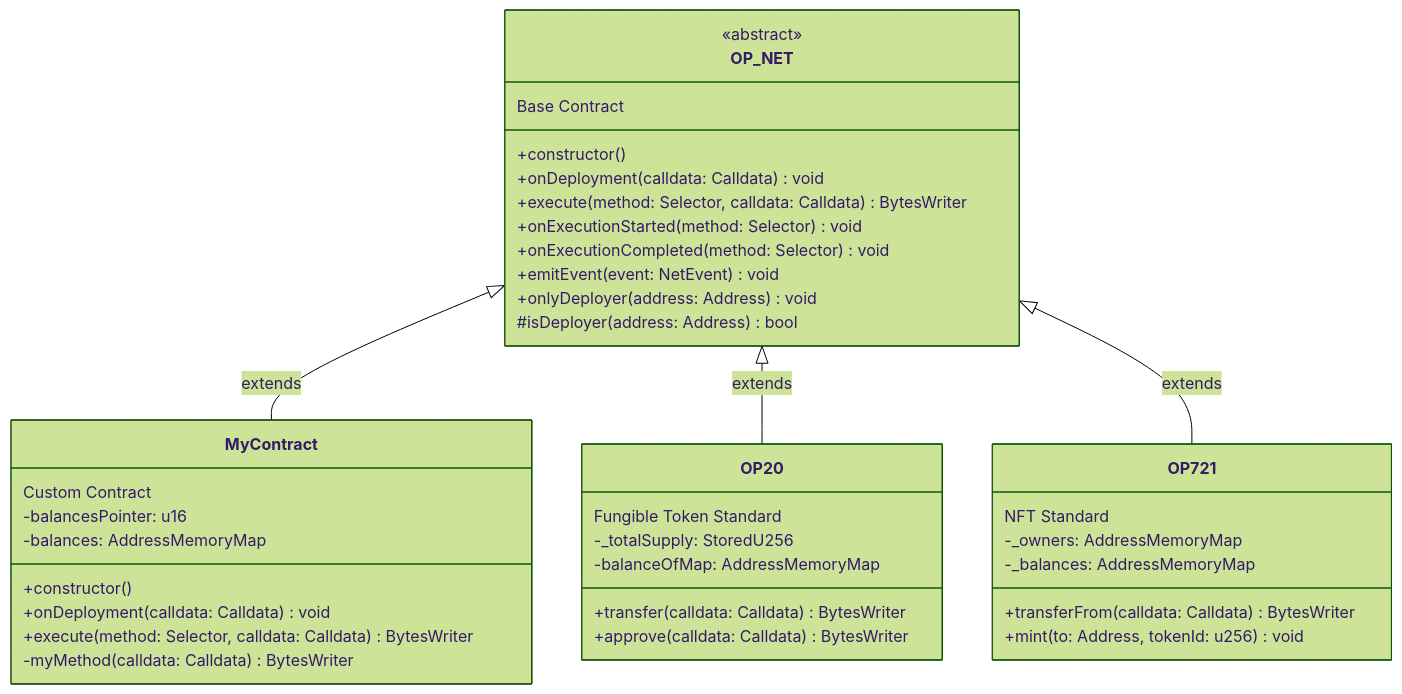
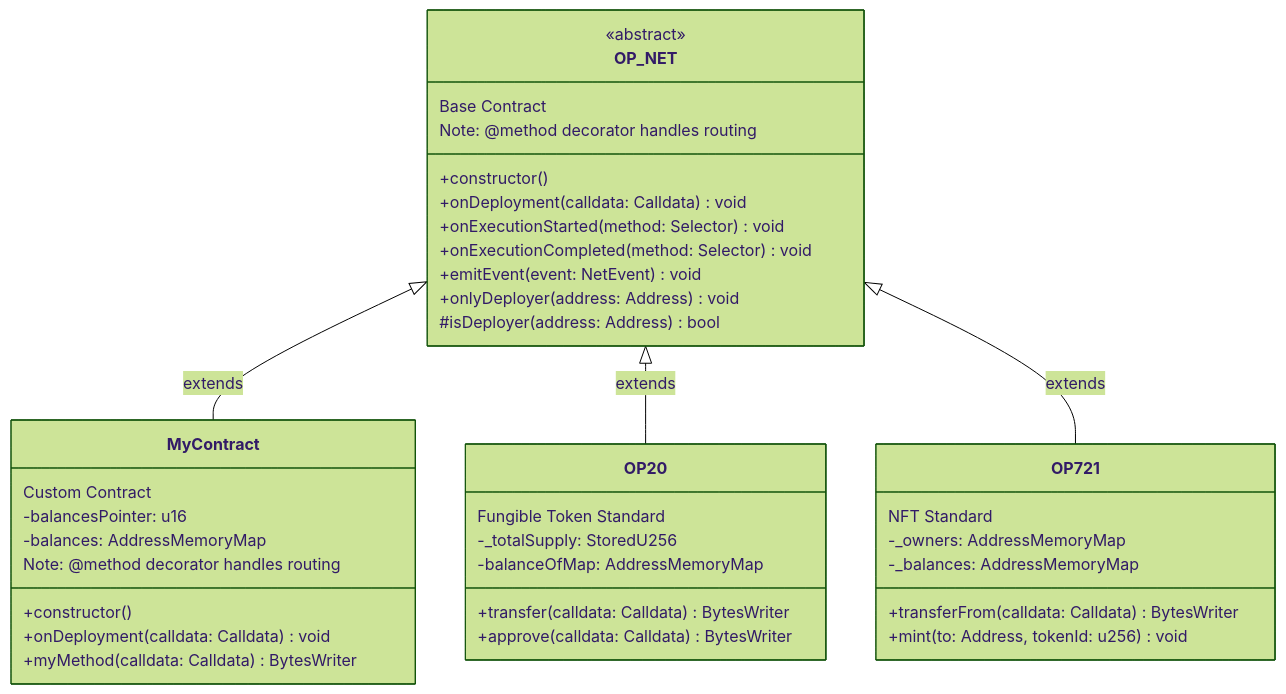
One commit to btc-vision/btc-runtime changed the first of 3 diagrams in docs/contracts/op-net-base.md. Above: the diagram before and after it, drawn with Mermaid (forest theme). The commit also changed other lines of this file and 11 other files, not shown here.

First line of the commit message:
Refactor docs to use @method decorator for routing

````diff
--- a/docs/contracts/op-net-base.md
+++ b/docs/contracts/op-net-base.md
@@ -65,45 +57,45 @@
 ```mermaid
 classDiagram
     class OP_NET {
         <<abstract>>
         Base Contract
         +constructor()
         +onDeployment(calldata: Calldata) void
-        +execute(method: Selector, calldata: Calldata) BytesWriter
         +onExecutionStarted(method: Selector) void
         +onExecutionCompleted(method: Selector) void
         +emitEvent(event: NetEvent) void
         +onlyDeployer(address: Address) void
         #isDeployer(address: Address) bool
+        Note: @method decorator handles routing
     }
 
     class MyContract {
         Custom Contract
         -balancesPointer: u16
         -balances: AddressMemoryMap
         +constructor()
         +onDeployment(calldata: Calldata) void
-        +execute(method: Selector, calldata: Calldata) BytesWriter
-        -myMethod(calldata: Calldata) BytesWriter
+        +myMethod(calldata: Calldata) BytesWriter
+        Note: @method decorator handles routing
     }
 
     class OP20 {
         Fungible Token Standard
         -_totalSupply: StoredU256
         -balanceOfMap: AddressMemoryMap
         +transfer(calldata: Calldata) BytesWriter
         +approve(calldata: Calldata) BytesWriter
     }
 
     class OP721 {
         NFT Standard
         -_owners: AddressMemoryMap
         -_balances: AddressMemoryMap
         +transferFrom(calldata: Calldata) BytesWriter
         +mint(to: Address, tokenId: u256) void
     }
 
     OP_NET <|-- MyContract : extends
     OP_NET <|-- OP20 : extends
     OP_NET <|-- OP721 : extends
 ```
````
